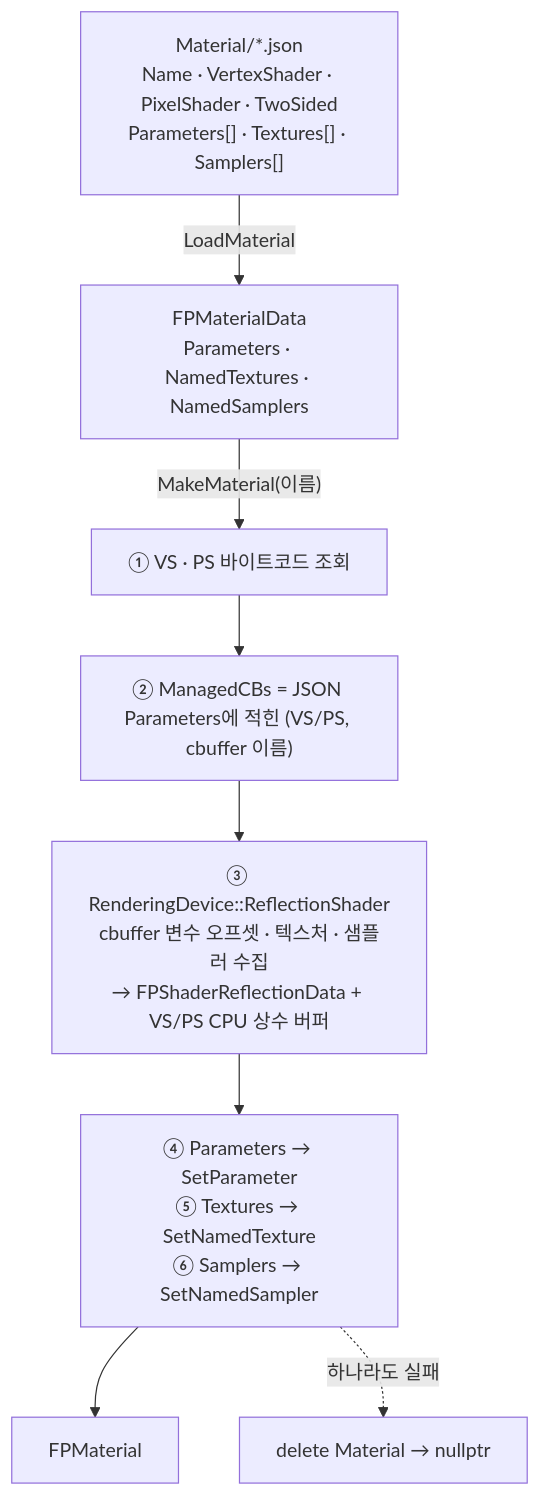
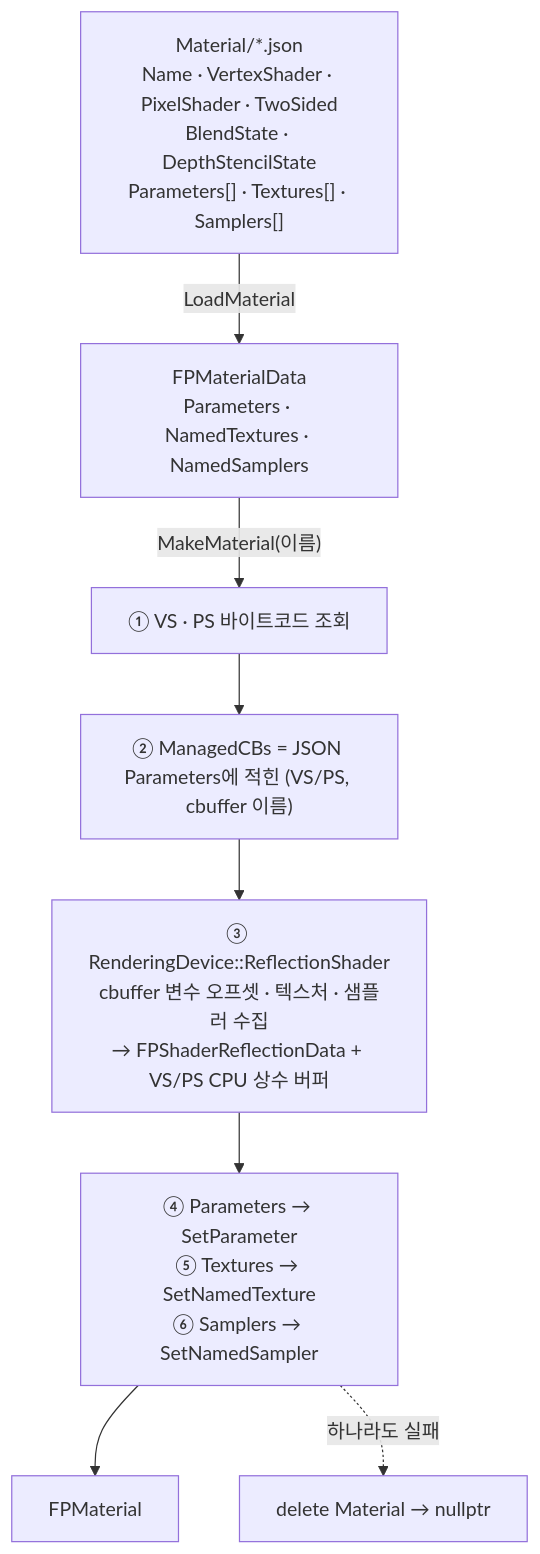
One commit to Gat-Young/ForestPearlEngine changed diagram 17 of 24 in README.md. Above: the diagram before and after it, drawn with Mermaid. The commit also changed other lines of this file, not shown here.

````diff
--- a/README.md
+++ b/README.md
@@ -1762,10 +1815,10 @@
 ```mermaid
 flowchart TD
-    MJ["Material/*.json<br/>Name · VertexShader · PixelShader · TwoSided<br/>Parameters[] · Textures[] · Samplers[]"] -->|"LoadMaterial"| MD["FPMaterialData<br/>Parameters · NamedTextures · NamedSamplers"]
+    MJ["Material/*.json<br/>Name · VertexShader · PixelShader · TwoSided<br/>BlendState · DepthStencilState<br/>Parameters[] · Textures[] · Samplers[]"] -->|"LoadMaterial"| MD["FPMaterialData<br/>Parameters · NamedTextures · NamedSamplers"]
     MD -->|"MakeMaterial(이름)"| S1["① VS · PS 바이트코드 조회"]
     S1 --> S2["② ManagedCBs = JSON Parameters에 적힌 (VS/PS, cbuffer 이름)"]
     S2 --> S3["③ RenderingDevice::ReflectionShader<br/>cbuffer 변수 오프셋 · 텍스처 · 샘플러 수집<br/>→ FPShaderReflectionData + VS/PS CPU 상수 버퍼"]
     S3 --> S4["④ Parameters → SetParameter<br/>⑤ Textures → SetNamedTexture<br/>⑥ Samplers → SetNamedSampler"]
     S4 --> FM["FPMaterial"]
     S4 -.->|"하나라도 실패"| NIL["delete Material → nullptr"]
 ```
````
